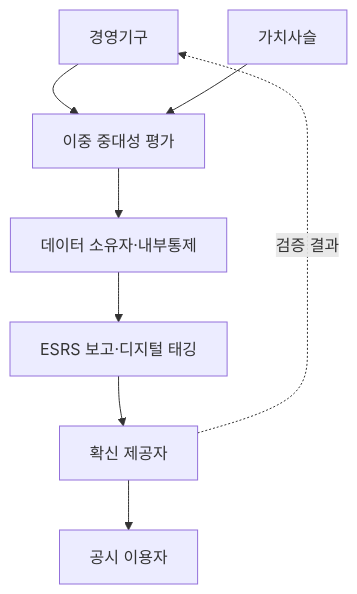
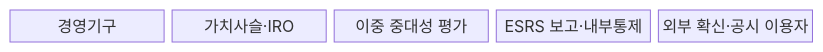
The first of 2 diagrams in src/content/docs/notes/07-law-policy/036_eu_csrd.md (agnusdei1207/knowledge-base), drawn with Mermaid before and after one commit. The commit also changed other lines of this file and 9 other files, not shown here.

````diff
--- a/src/content/docs/notes/07-law-policy/036_eu_csrd.md
+++ b/src/content/docs/notes/07-law-policy/036_eu_csrd.md
@@ -55,10 +55,9 @@
 ```mermaid
-flowchart TD
-    G[경영기구] --> M[이중 중대성 평가]
-    V[가치사슬] --> M
-    M --> D[데이터 소유자·내부통제]
-    D --> R[ESRS 보고·디지털 태깅]
-    R --> A[확신 제공자]
-    A --> P[공시 이용자]
-    A -. 검증 결과 .-> G
+block-beta
+    columns 5
+    G["경영기구"]
+    V["가치사슬·IRO"]
+    M["이중 중대성 평가"]
+    R["ESRS 보고·내부통제"]
+    A["외부 확신·공시 이용자"]
 ```
````
